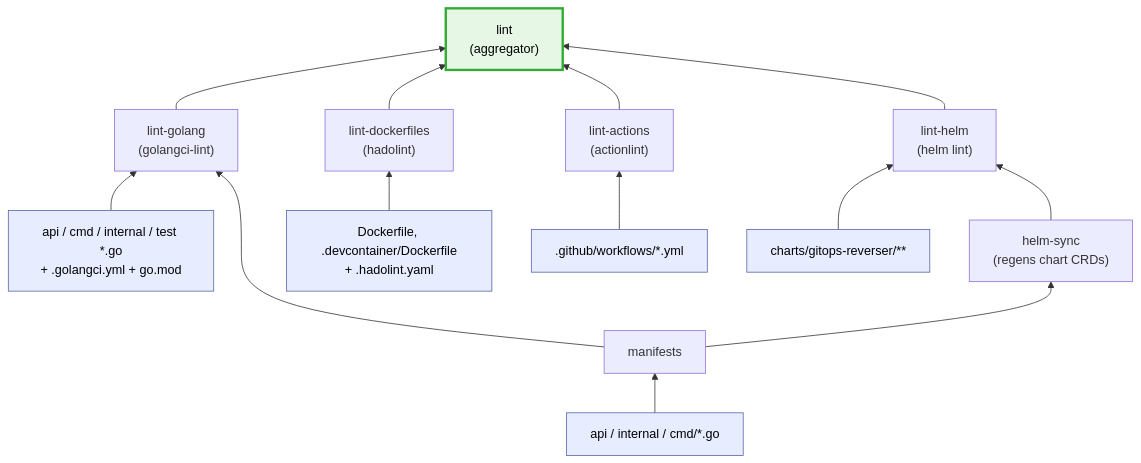
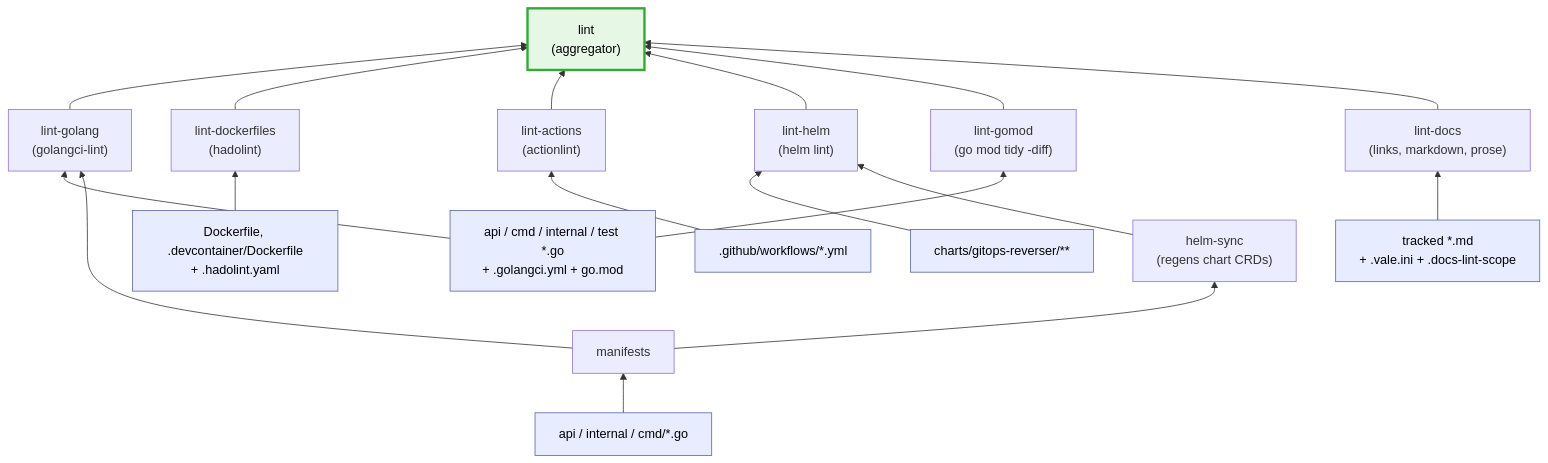
Before and after one commit to ConfigButler/gitops-reverser: the second of 5 diagrams in docs/tasks-overview.md, drawn with Mermaid. The commit also changed other lines of this file and 16 other files, not shown here.

````diff
--- a/docs/tasks-overview.md
+++ b/docs/tasks-overview.md
@@ -120,23 +120,28 @@
 ```mermaid
 flowchart BT
   classDef src fill:#e8ecff,stroke:#5566aa,color:#000;
   classDef key fill:#e6f7e6,stroke:#33aa33,stroke-width:3px,color:#000;
 
   GO["api / cmd / internal / test *.go<br/>+ .golangci.yml + go.mod"]:::src
   DOCKER["Dockerfile, .devcontainer/Dockerfile<br/>+ .hadolint.yaml"]:::src
   WF[".github/workflows/*.yml"]:::src
   CHART["charts/gitops-reverser/**"]:::src
   API["api / internal / cmd/*.go"]:::src
+  MD["tracked *.md<br/>+ .vale.ini + .docs-lint-scope"]:::src
 
   GO --> LGO
+  GO --> GOMOD
   DOCKER --> DLINT
   WF --> ALINT
+  MD --> DOCS
   API --> manifests --> SYNC["helm-sync<br/>(regens chart CRDs)"]
   manifests --> LGO
   CHART --> HLINT
   SYNC --> HLINT["lint-helm<br/>(helm lint)"]
   LGO["lint-golang<br/>(golangci-lint)"] --> LINT["lint<br/>(aggregator)"]:::key
   DLINT["lint-dockerfiles<br/>(hadolint)"] --> LINT
   ALINT["lint-actions<br/>(actionlint)"] --> LINT
   HLINT --> LINT
+  GOMOD["lint-gomod<br/>(go mod tidy -diff)"] --> LINT
+  DOCS["lint-docs<br/>(links, markdown, prose)"] --> LINT
 ```
````
